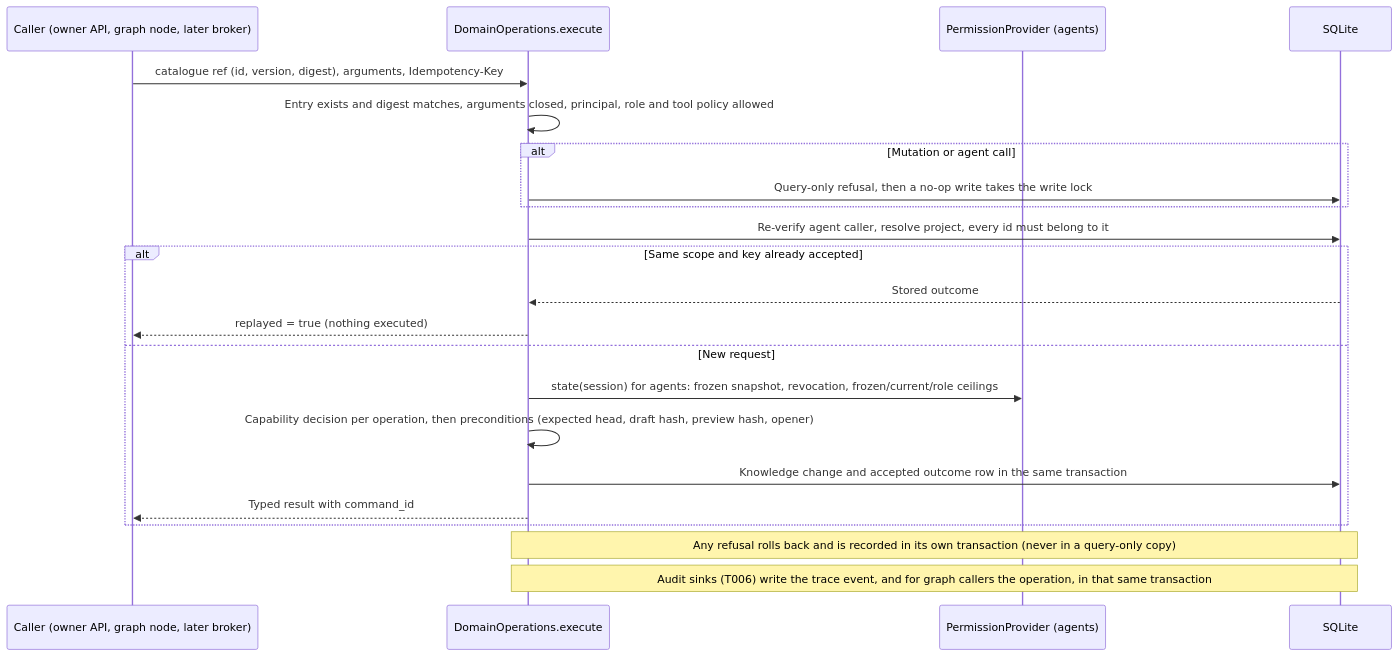
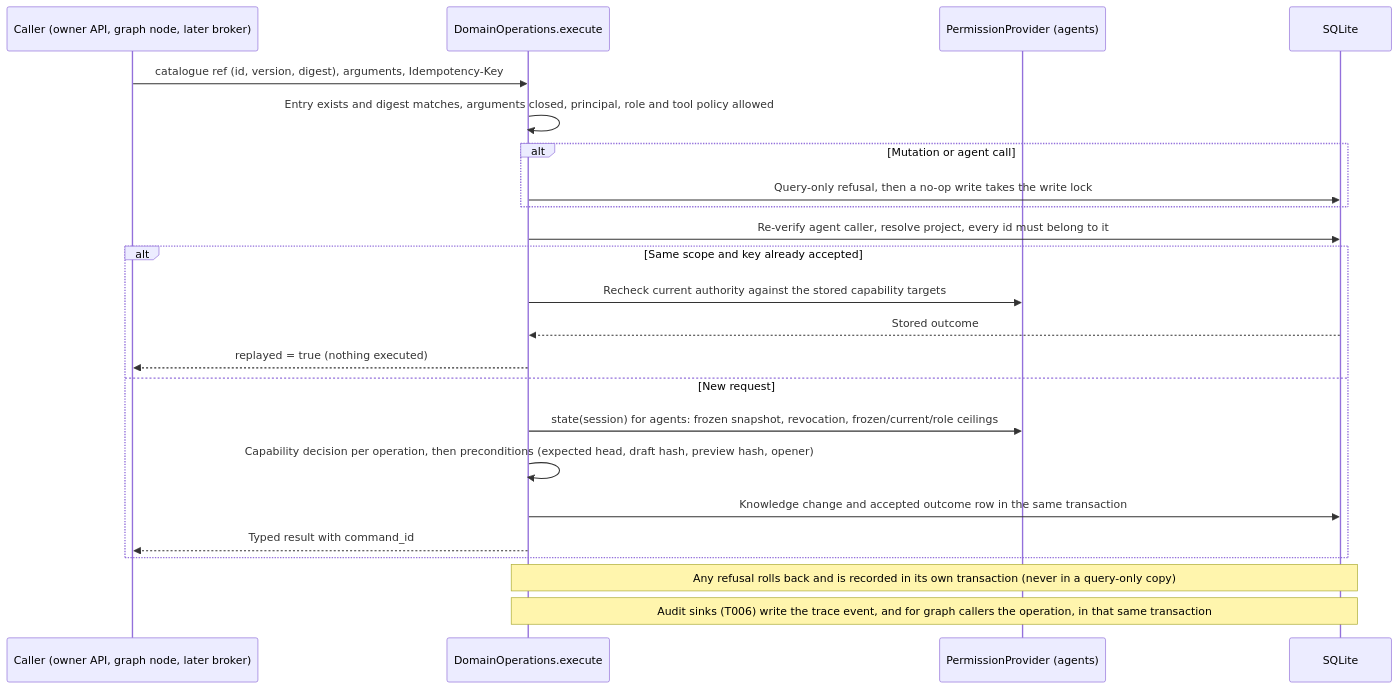
The diagram in docs/flows/domain-operations.md (AcostaDDev/my-harness), drawn with Mermaid before and after one commit. The commit also changed other lines of this file and 28 other files, not shown here.

````diff
--- a/docs/flows/domain-operations.md
+++ b/docs/flows/domain-operations.md
@@ -10,24 +11,25 @@
 ```mermaid
 sequenceDiagram
     participant C as Caller (owner API, graph node, later broker)
     participant S as DomainOperations.execute
     participant P as PermissionProvider (agents)
     participant DB as SQLite
     C->>S: catalogue ref (id, version, digest), arguments, Idempotency-Key
     S->>S: Entry exists and digest matches, arguments closed, principal, role and tool policy allowed
     alt Mutation or agent call
         S->>DB: Query-only refusal, then a no-op write takes the write lock
     end
     S->>DB: Re-verify agent caller, resolve project, every id must belong to it
     alt Same scope and key already accepted
+        S->>P: Recheck current authority against the stored capability targets
         DB-->>S: Stored outcome
         S-->>C: replayed = true (nothing executed)
     else New request
         S->>P: state(session) for agents: frozen snapshot, revocation, frozen/current/role ceilings
         S->>S: Capability decision per operation, then preconditions (expected head, draft hash, preview hash, opener)
         S->>DB: Knowledge change and accepted outcome row in the same transaction
         S-->>C: Typed result with command_id
     end
     Note over S,DB: Any refusal rolls back and is recorded in its own transaction (never in a query-only copy)
     Note over S,DB: Audit sinks (T006) write the trace event, and for graph callers the operation, in that same transaction
 ```
````
